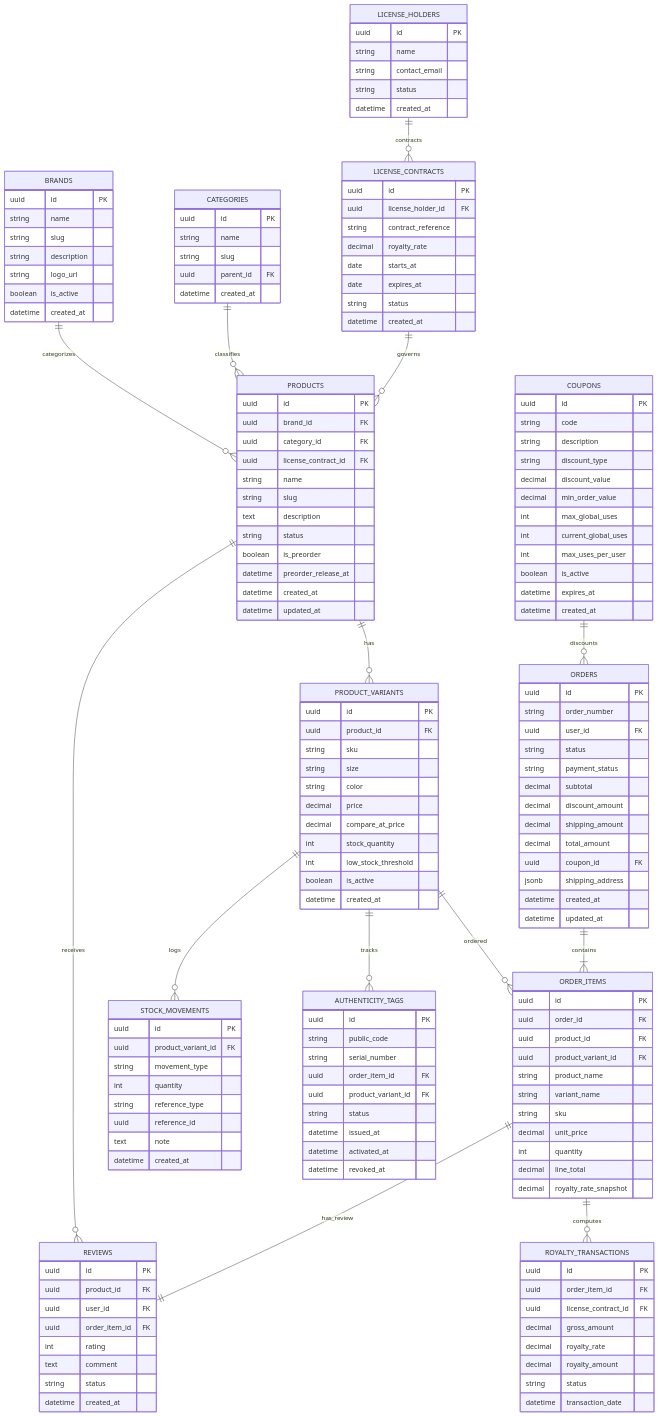
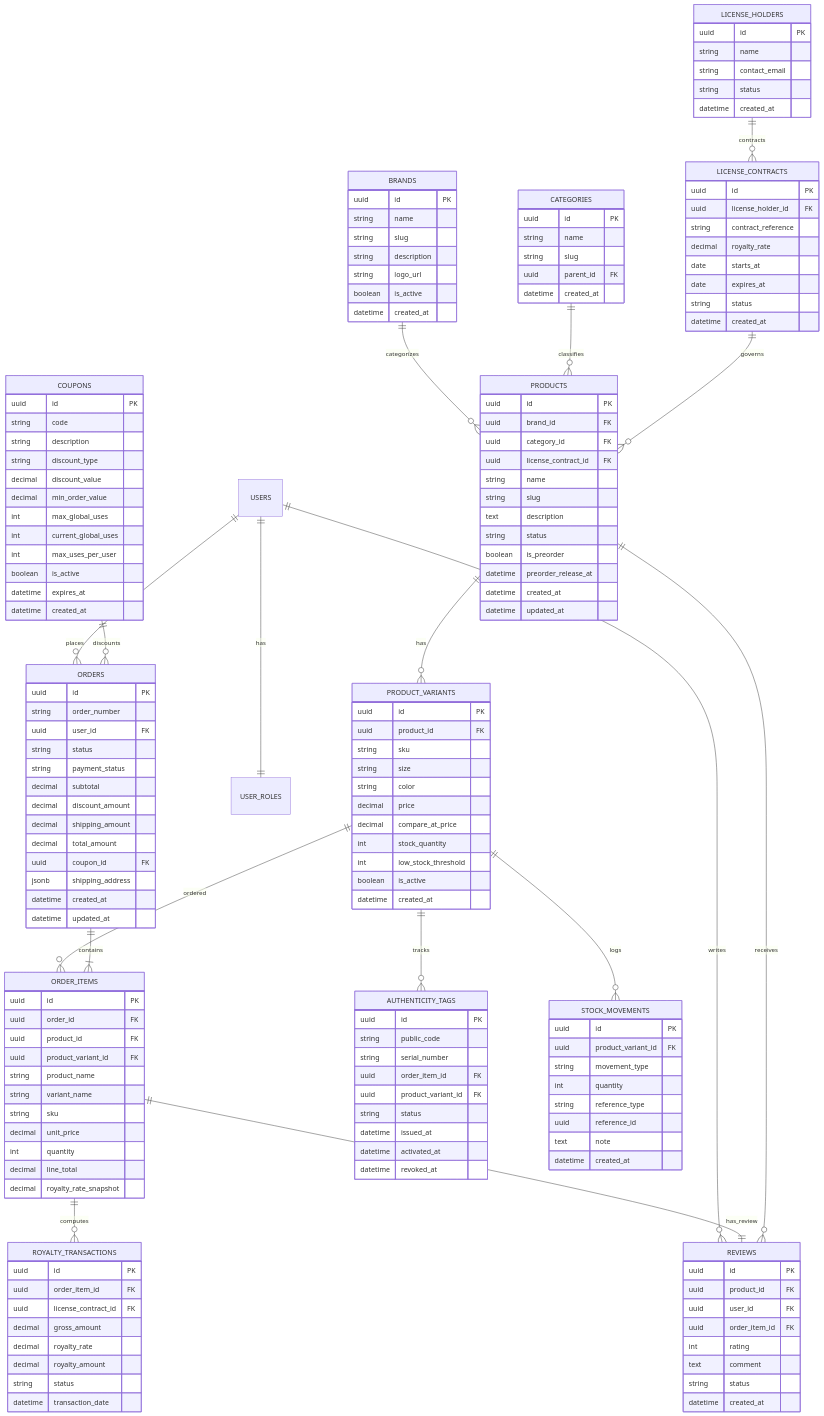
One commit to PondTHK/AllThingsMerch changed the fifth of 7 diagrams in README.md. Above: the diagram before and after it, drawn with Mermaid. The commit also changed other lines of this file and 3 other files, not shown here.

````diff
--- a/README.md
+++ b/README.md
@@ -594,5 +648,8 @@
 ```mermaid
 erDiagram
+    USERS ||--o{ ORDERS : places
+    USERS ||--o{ REVIEWS : writes
+    USERS ||--|| USER_ROLES : has
     BRANDS ||--o{ PRODUCTS : categorizes
     CATEGORIES ||--o{ PRODUCTS : classifies
     LICENSE_HOLDERS ||--o{ LICENSE_CONTRACTS : contracts
````
